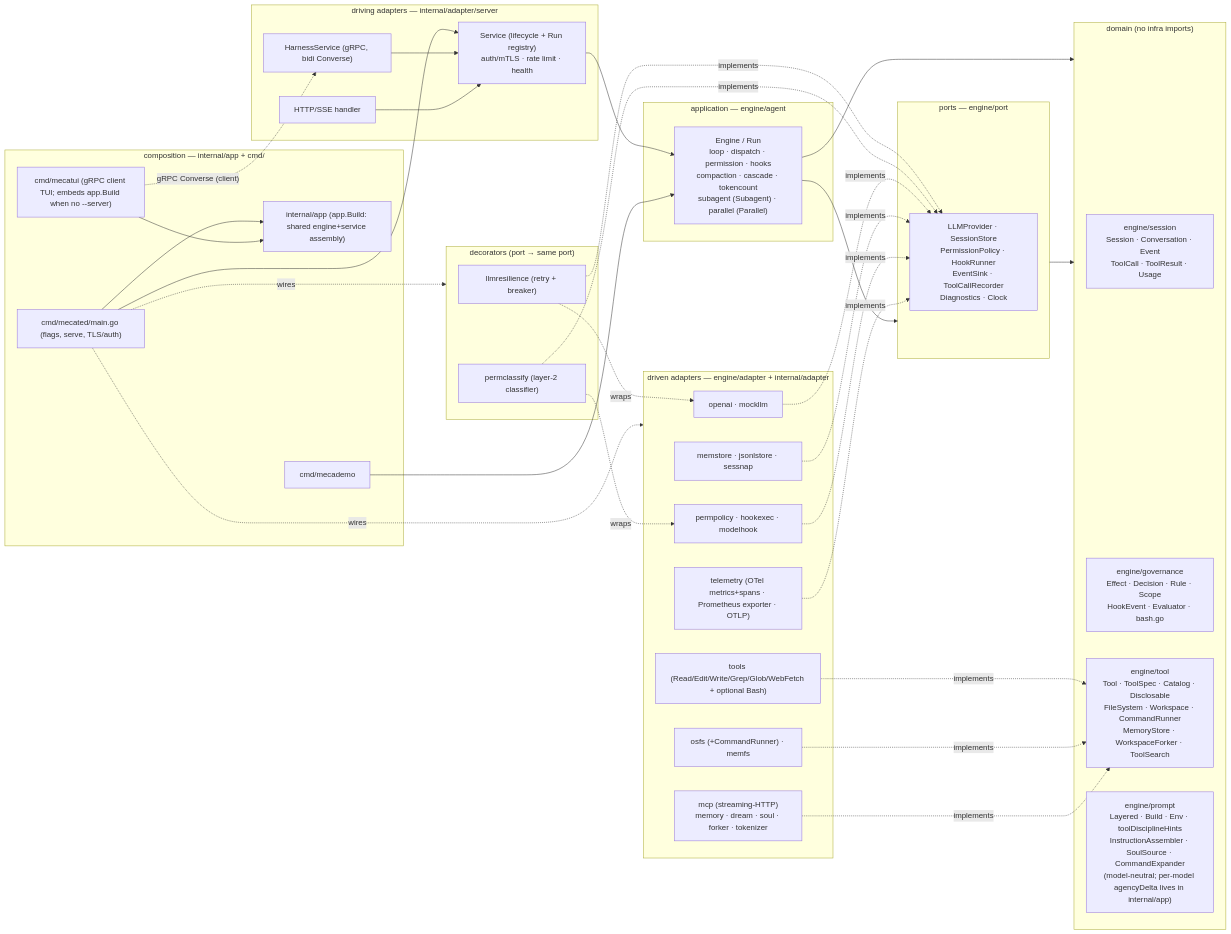
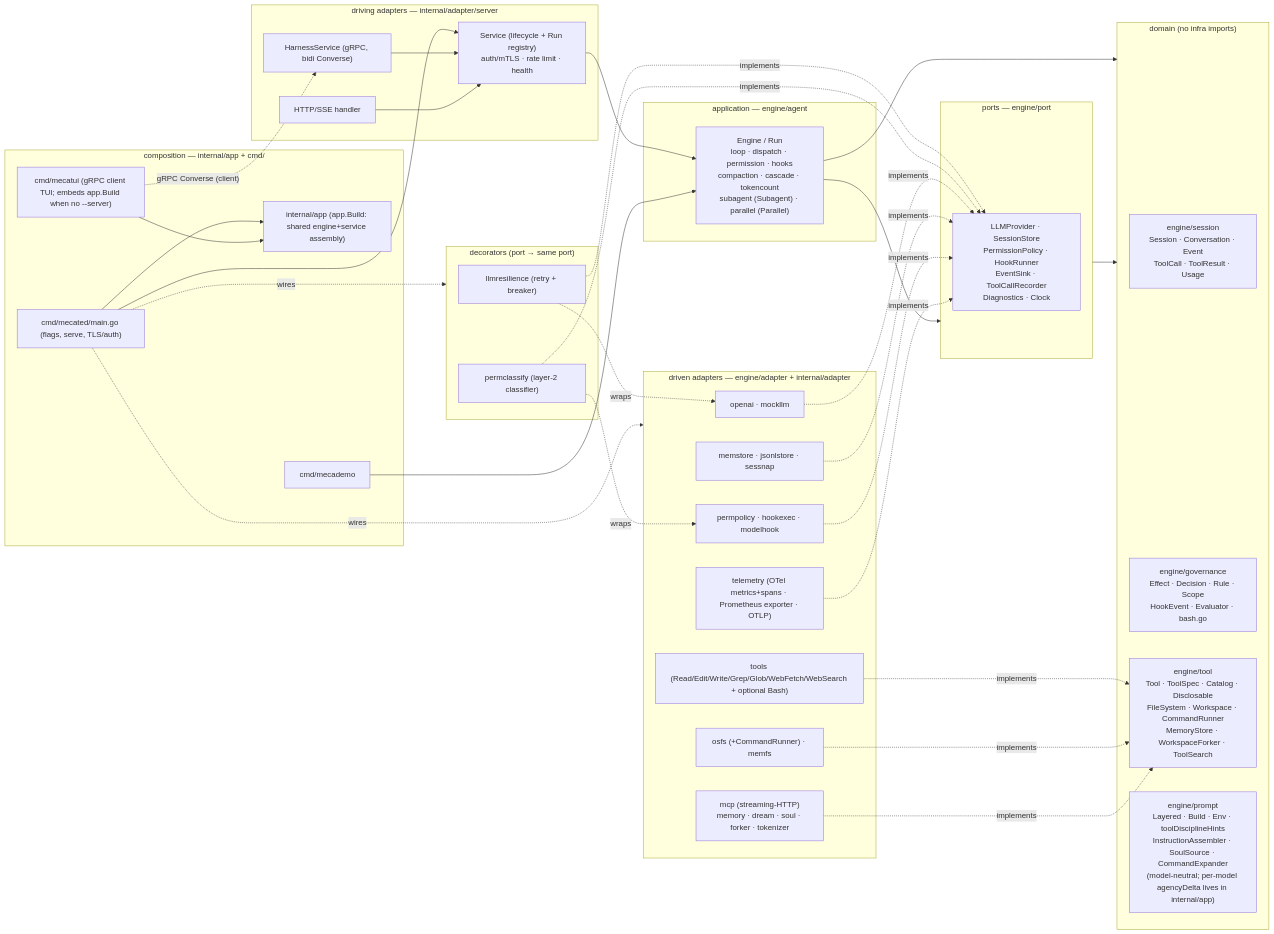
The first of 4 diagrams in docs/architecture.md (sabbanis/mecatl), drawn with Mermaid before and after one commit. The commit also changed other lines of this file and 21 other files, not shown here.

First line of the commit message:
feat(tools): add a WebSearch core tool for source discovery (#26)

````diff
--- a/docs/architecture.md
+++ b/docs/architecture.md
@@ -50,69 +50,69 @@
 ```mermaid
 flowchart LR
   subgraph CMD["composition — internal/app + cmd/"]
     app["internal/app (app.Build: shared engine+service assembly)"]
     mecated["cmd/mecated/main.go (flags, serve, TLS/auth)"]
     demo["cmd/mecademo"]
     tui["cmd/mecatui (gRPC client TUI; embeds app.Build when no --server)"]
     mecated --> app
     tui --> app
   end
 
   subgraph DRIVING["driving adapters — internal/adapter/server"]
     grpc["HarnessService (gRPC, bidi Converse)"]
     http["HTTP/SSE handler"]
     svc["Service (lifecycle + Run registry)\nauth/mTLS · rate limit · health"]
   end
 
   subgraph APP["application — engine/agent"]
     engine["Engine / Run\nloop · dispatch · permission · hooks\ncompaction · cascade · tokencount\nsubagent (Subagent) · parallel (Parallel)"]
   end
 
   subgraph PORTS["ports — engine/port"]
     p["LLMProvider · SessionStore\nPermissionPolicy · HookRunner\nEventSink · ToolCallRecorder\nDiagnostics · Clock"]
   end
 
   subgraph DOMAIN["domain (no infra imports)"]
     sess["engine/session\nSession · Conversation · Event\nToolCall · ToolResult · Usage"]
     gov["engine/governance\nEffect · Decision · Rule · Scope\nHookEvent · Evaluator · bash.go"]
     tl["engine/tool\nTool · ToolSpec · Catalog · Disclosable\nFileSystem · Workspace · CommandRunner\nMemoryStore · WorkspaceForker · ToolSearch"]
     pr["engine/prompt\nLayered · Build · Env · toolDisciplineHints\nInstructionAssembler · SoulSource · CommandExpander\n(model-neutral; per-model agencyDelta lives in internal/app)"]
   end
 
   subgraph DECOR["decorators (port → same port)"]
     res["llmresilience (retry + breaker)"]
     pc["permclassify (layer-2 classifier)"]
   end
 
   subgraph DRIVEN["driven adapters — engine/adapter + internal/adapter"]
     oai["openai · mockllm"]
     fs["osfs (+CommandRunner) · memfs"]
     st["memstore · jsonlstore · sessnap"]
-    tools["tools (Read/Edit/Write/Grep/Glob/WebFetch + optional Bash)"]
+    tools["tools (Read/Edit/Write/Grep/Glob/WebFetch/WebSearch + optional Bash)"]
     pp["permpolicy · hookexec · modelhook"]
     tel["telemetry (OTel metrics+spans · Prometheus exporter · OTLP)"]
     ext["mcp (streaming-HTTP)\nmemory · dream · soul · forker · tokenizer"]
   end
 
   mecated --> svc --> engine
   demo --> engine
   tui -. "gRPC Converse (client)" .-> grpc
   grpc --> svc
   http --> svc
   engine --> PORTS
   engine --> DOMAIN
   PORTS --> DOMAIN
   res -.wraps.-> oai
   res -.implements.-> p
   pc -.wraps.-> pp
   pc -.implements.-> p
   oai -.implements.-> p
   st -.implements.-> p
   pp -.implements.-> p
   tel -.implements.-> p
   tools -.implements.-> tl
   fs -.implements.-> tl
   ext -.implements.-> tl
   mecated -. wires .-> DRIVEN
   mecated -. wires .-> DECOR
 ```
````
